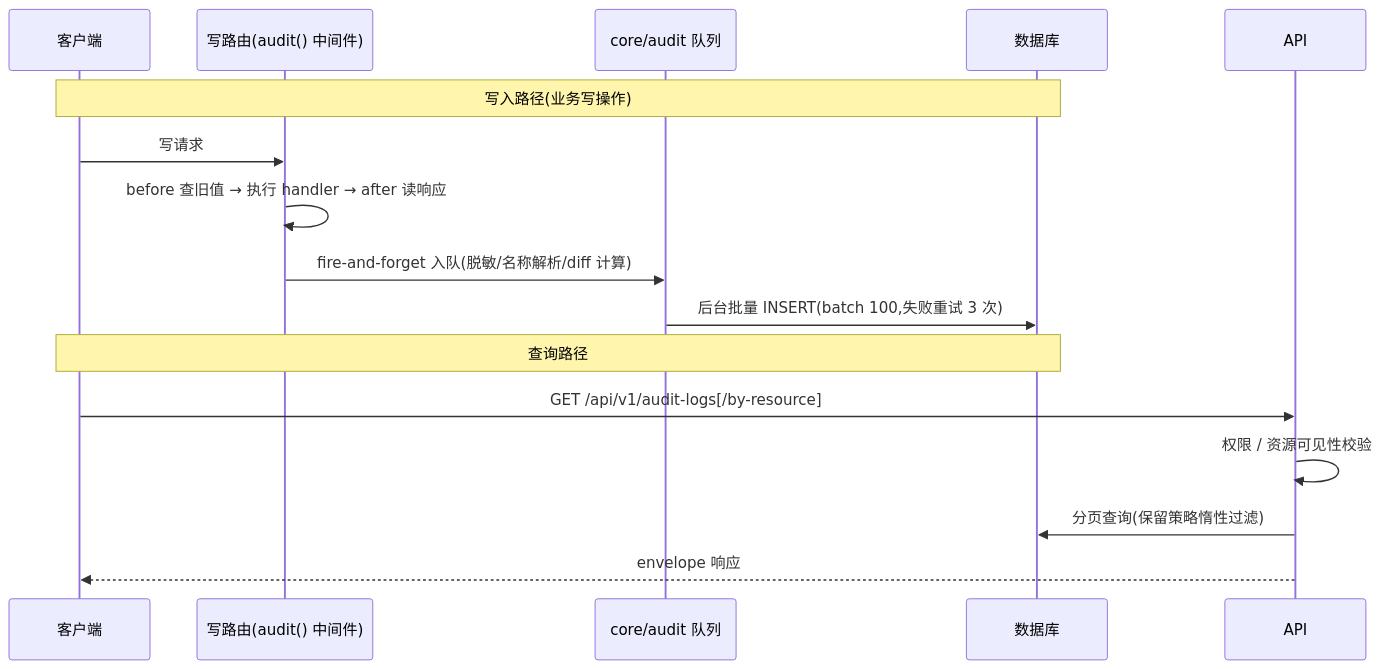
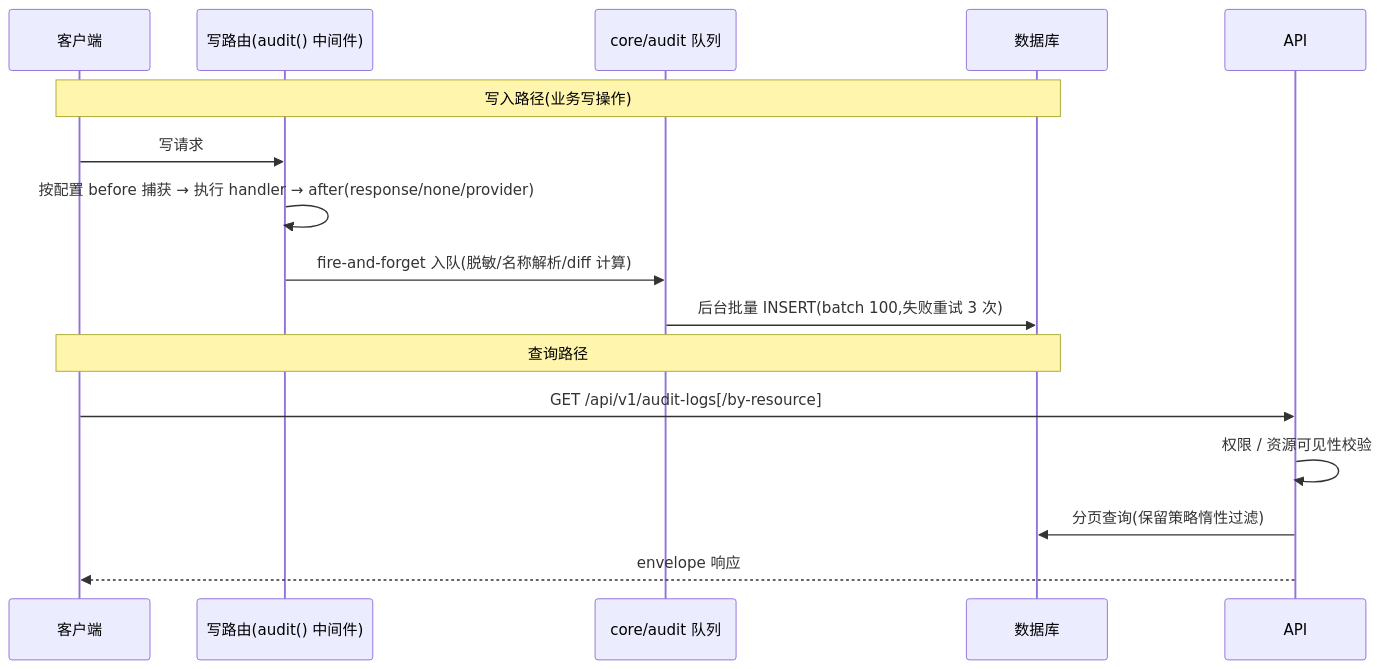
One commit to zzwtsy/hono-openapi-starter changed the diagram in docs/features/backend/audit.md. Above: the diagram before and after it, drawn with Mermaid. The commit also changed other lines of this file and 1 other file, not shown here.

````diff
--- a/docs/features/backend/audit.md
+++ b/docs/features/backend/audit.md
@@ -103,19 +103,19 @@
 ```mermaid
 sequenceDiagram
   participant Client as 客户端
   participant Route as 写路由(audit() 中间件)
   participant Queue as core/audit 队列
   participant DB as 数据库
 
   Note over Client,DB: 写入路径(业务写操作)
   Client->>Route: 写请求
-  Route->>Route: before 查旧值 → 执行 handler → after 读响应
+  Route->>Route: 按配置 before 捕获 → 执行 handler → after(response/none/provider)
   Route->>Queue: fire-and-forget 入队(脱敏/名称解析/diff 计算)
   Queue->>DB: 后台批量 INSERT(batch 100,失败重试 3 次)
 
   Note over Client,DB: 查询路径
   Client->>API: GET /api/v1/audit-logs[/by-resource]
   API->>API: 权限 / 资源可见性校验
   API->>DB: 分页查询(保留策略惰性过滤)
   API-->>Client: envelope 响应
 ```
````
